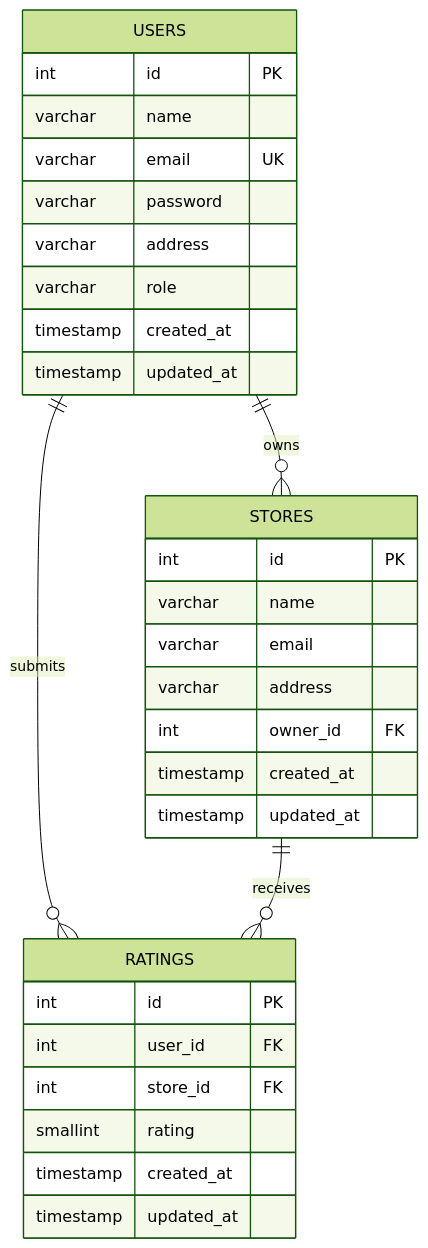
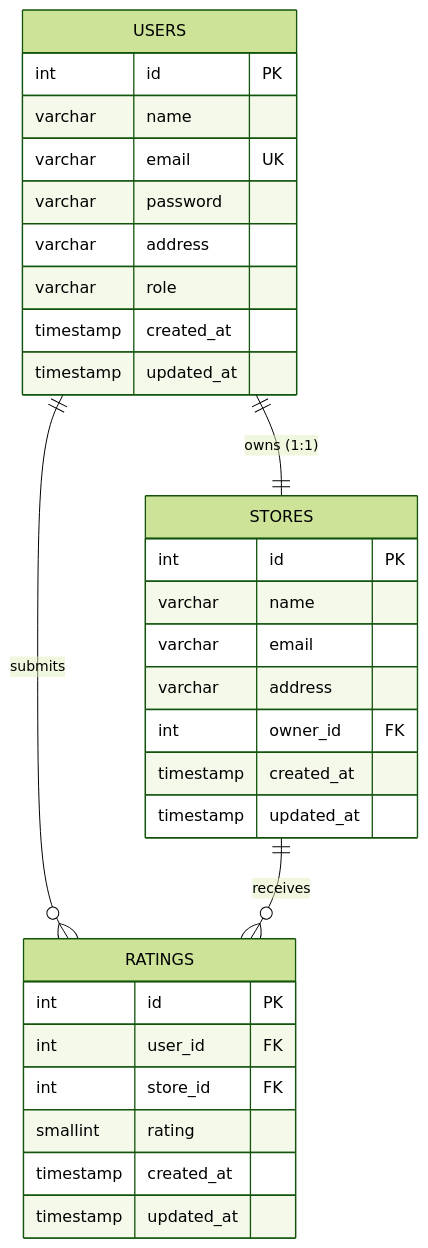
The diagram in backend/src/db/ARCHITECTURE.md (codesbyuday/roxiler-store-rating), drawn with Mermaid (forest theme) before and after one commit. The commit also changed other lines of this file, not shown here.

Commit message:
docs(phase-2): enforce 1:1 relationship between owner and stores

````diff
--- a/backend/src/db/ARCHITECTURE.md
+++ b/backend/src/db/ARCHITECTURE.md
@@ -9,36 +9,36 @@
 ```mermaid
 erDiagram
     USERS ||--o{ RATINGS : submits
-    USERS ||--o{ STORES : owns
+    USERS ||--|| STORES : "owns (1:1)"
     STORES ||--o{ RATINGS : receives
 
     USERS {
         int id PK
         varchar name
         varchar email UK
         varchar password
         varchar address
         varchar role
         timestamp created_at
         timestamp updated_at
     }
 
     STORES {
         int id PK
         varchar name
         varchar email
         varchar address
         int owner_id FK
         timestamp created_at
         timestamp updated_at
     }
 
     RATINGS {
         int id PK
         int user_id FK
         int store_id FK
         smallint rating
         timestamp created_at
         timestamp updated_at
     }
 ```
````
